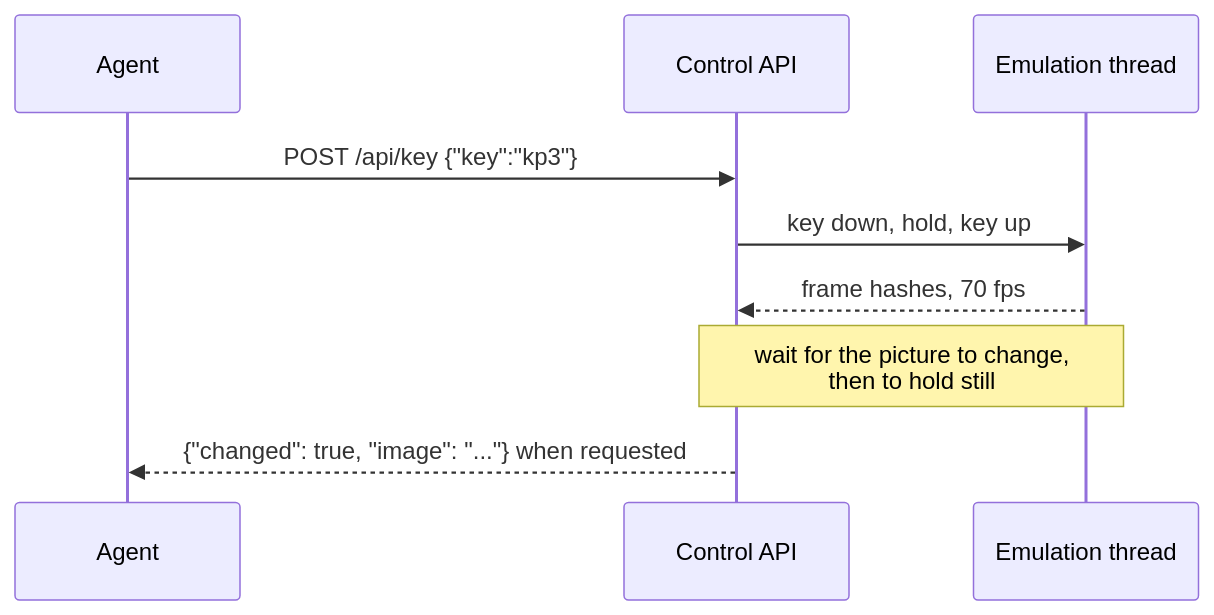
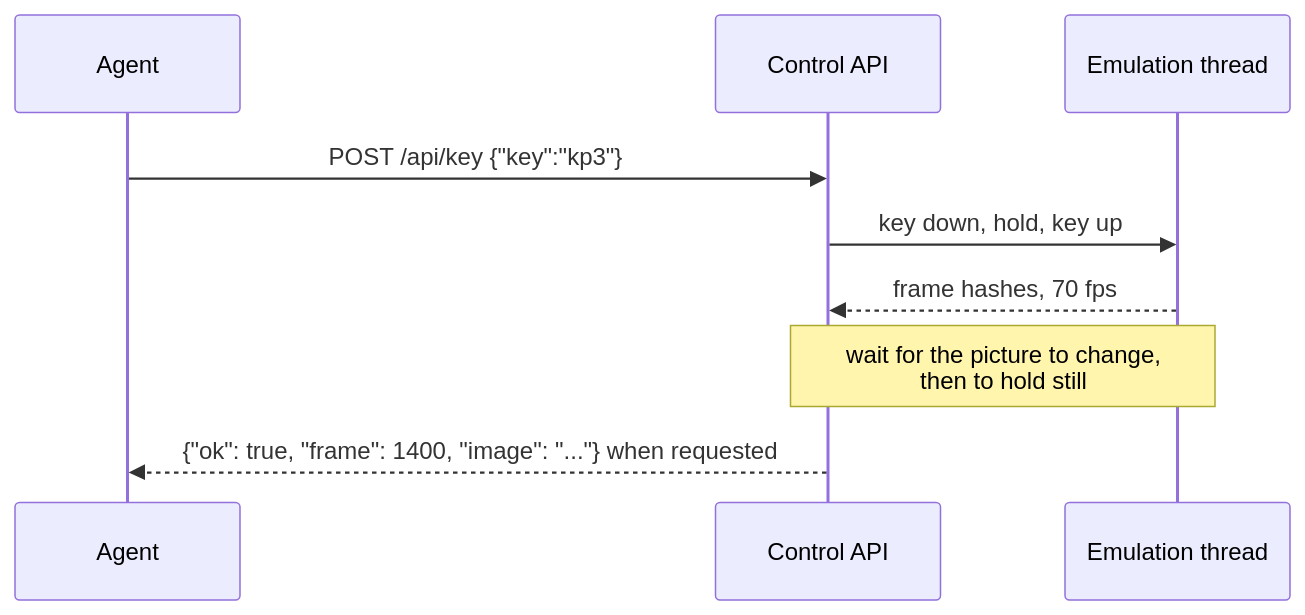
The first of 3 diagrams in README.md (LYMDLUT/jy-crpg-bench), drawn with Mermaid before and after one commit. The commit also changed other lines of this file and 36 other files, not shown here.

````diff
--- a/README.md
+++ b/README.md
@@ -414,11 +415,11 @@
 ```mermaid
 sequenceDiagram
     participant A as Agent
     participant S as Control API
     participant E as Emulation thread
     A->>S: POST /api/key {"key":"kp3"}
     S->>E: key down, hold, key up
     E-->>S: frame hashes, 70 fps
     Note over S,E: wait for the picture to change,<br/>then to hold still
-    S-->>A: {"changed": true, "image": "..."} when requested
+    S-->>A: {"ok": true, "frame": 1400, "image": "..."} when requested
 ```
````
